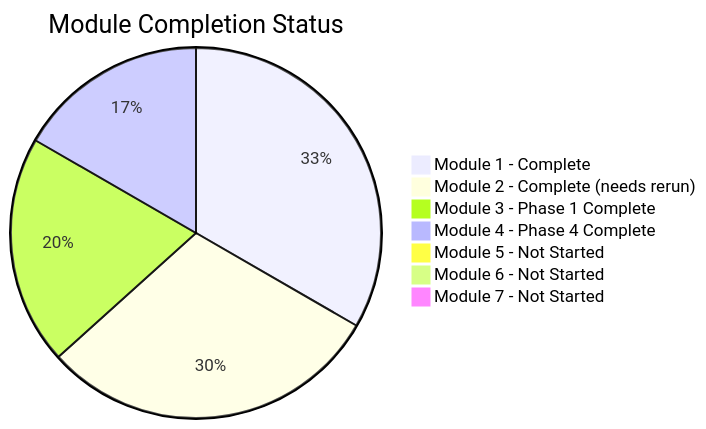
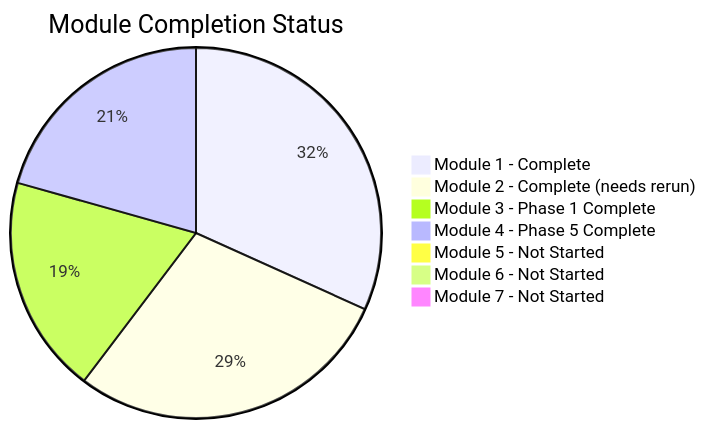
One commit to moinhs1/extracting-features changed the second of 3 diagrams in docs/progress.md. Above: the diagram before and after it, drawn with Mermaid. The commit also changed other lines of this file and 3 other files, not shown here.

````diff
--- a/docs/progress.md
+++ b/docs/progress.md
@@ -52,10 +53,10 @@
 ```mermaid
 pie title Module Completion Status
     "Module 1 - Complete" : 100
     "Module 2 - Complete (needs rerun)" : 90
     "Module 3 - Phase 1 Complete" : 60
-    "Module 4 - Phase 4 Complete" : 50
+    "Module 4 - Phase 5 Complete" : 65
     "Module 5 - Not Started" : 0
     "Module 6 - Not Started" : 0
     "Module 7 - Not Started" : 0
 ```
````
